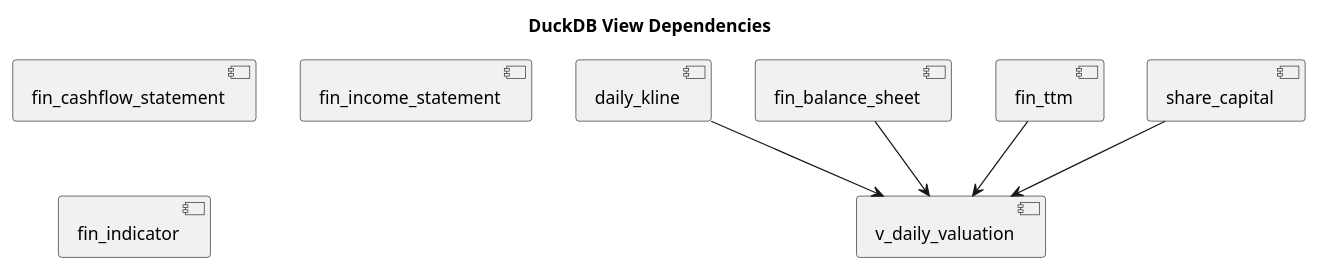
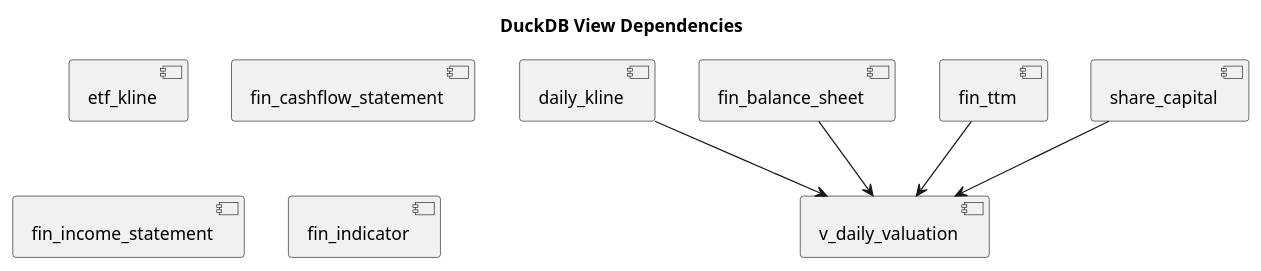
Before and after one commit to hrzzzrh/QuantPyLab: the diagram in docs/data_catalog.md, drawn with PlantUML. The commit also changed other lines of this file and 244 other files, not shown here.

````diff
--- a/docs/data_catalog.md
+++ b/docs/data_catalog.md
@@ -8,19 +8,20 @@
 ```plantuml
 @startuml
 skinparam componentStyle uml2
 title DuckDB View Dependencies
 
 [daily_kline]
+[etf_kline]
 [fin_balance_sheet]
 [fin_cashflow_statement]
 [fin_income_statement]
 [fin_indicator]
 [fin_ttm]
 [share_capital]
 [v_daily_valuation]
 [daily_kline] --> [v_daily_valuation]
 [share_capital] --> [v_daily_valuation]
 [fin_ttm] --> [v_daily_valuation]
 [fin_balance_sheet] --> [v_daily_valuation]
 @enduml
 ```
````
